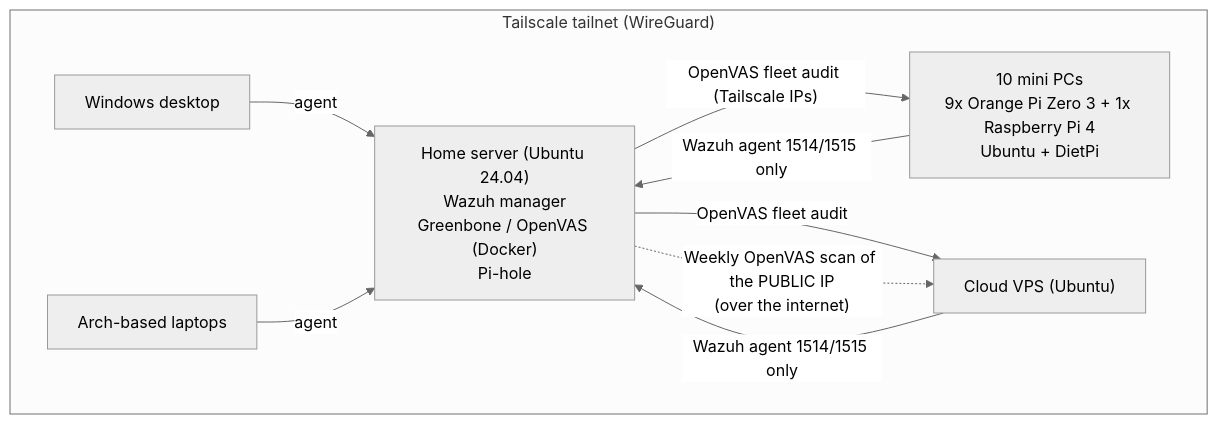
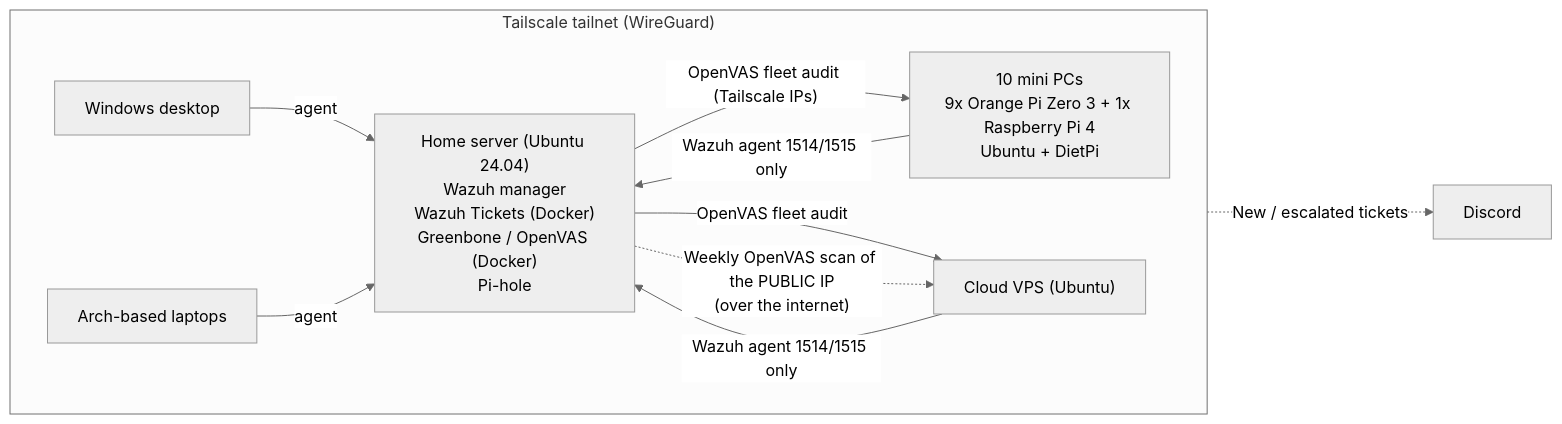
The first of 2 diagrams in README.md (Yel1oww/homelab-soc), drawn with Mermaid (neutral theme) before and after one commit. The commit also changed other lines of this file, not shown here.

````diff
--- a/README.md
+++ b/README.md
@@ -14,18 +15,20 @@
 ```mermaid
 flowchart LR
     subgraph Tailnet["Tailscale tailnet (WireGuard)"]
         direction LR
-        X["Home server (Ubuntu 24.04)<br/>Wazuh manager<br/>Greenbone / OpenVAS (Docker)<br/>Pi-hole"]
+        X["Home server (Ubuntu 24.04)<br/>Wazuh manager<br/>Wazuh Tickets (Docker)<br/>Greenbone / OpenVAS (Docker)<br/>Pi-hole"]
         M["10 mini PCs<br/>9x Orange Pi Zero 3 + 1x Raspberry Pi 4<br/>Ubuntu + DietPi"]
         V["Cloud VPS (Ubuntu)"]
         W["Windows desktop"]
         L["Arch-based laptops"]
     end
+    D["Discord"]
     M -- "Wazuh agent 1514/1515 only" --> X
     V -- "Wazuh agent 1514/1515 only" --> X
     W -- agent --> X
     L -- agent --> X
     X -- "OpenVAS fleet audit (Tailscale IPs)" --> M
     X -- "OpenVAS fleet audit" --> V
     X -. "Weekly OpenVAS scan of the PUBLIC IP<br/>(over the internet)" .-> V
+    X -. "New / escalated tickets" .-> D
 ```
````
